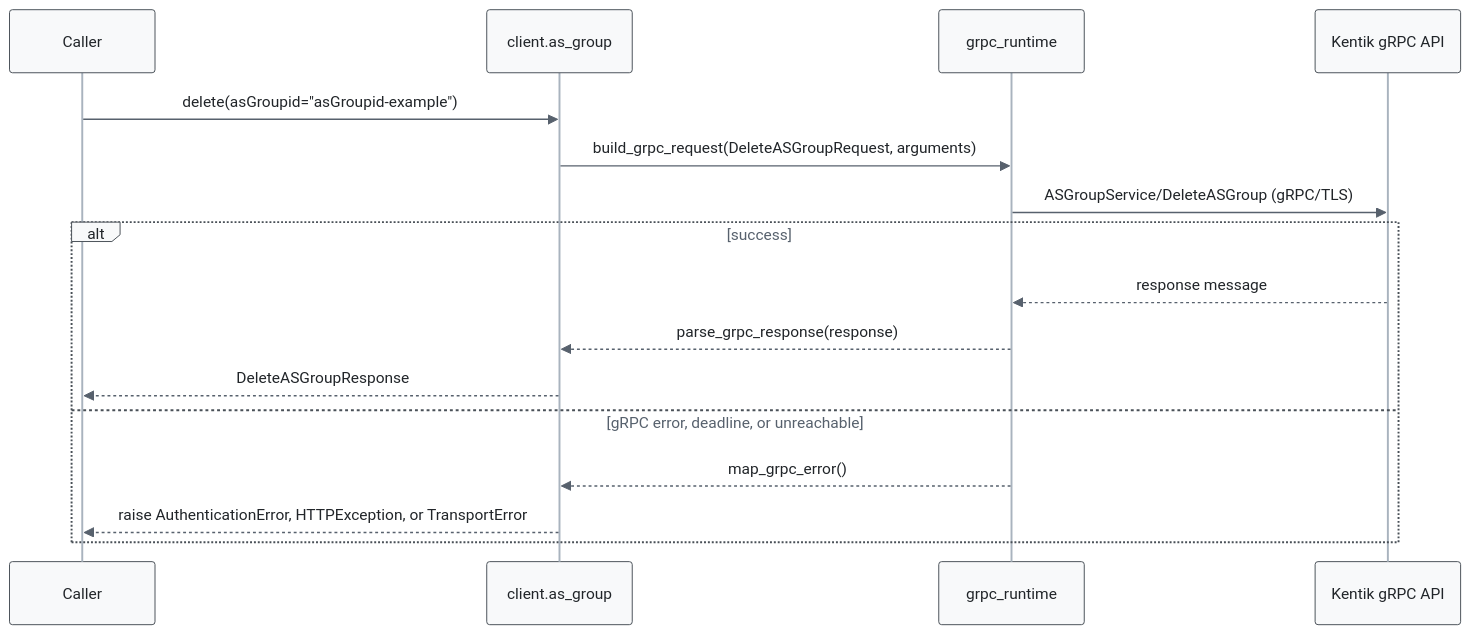
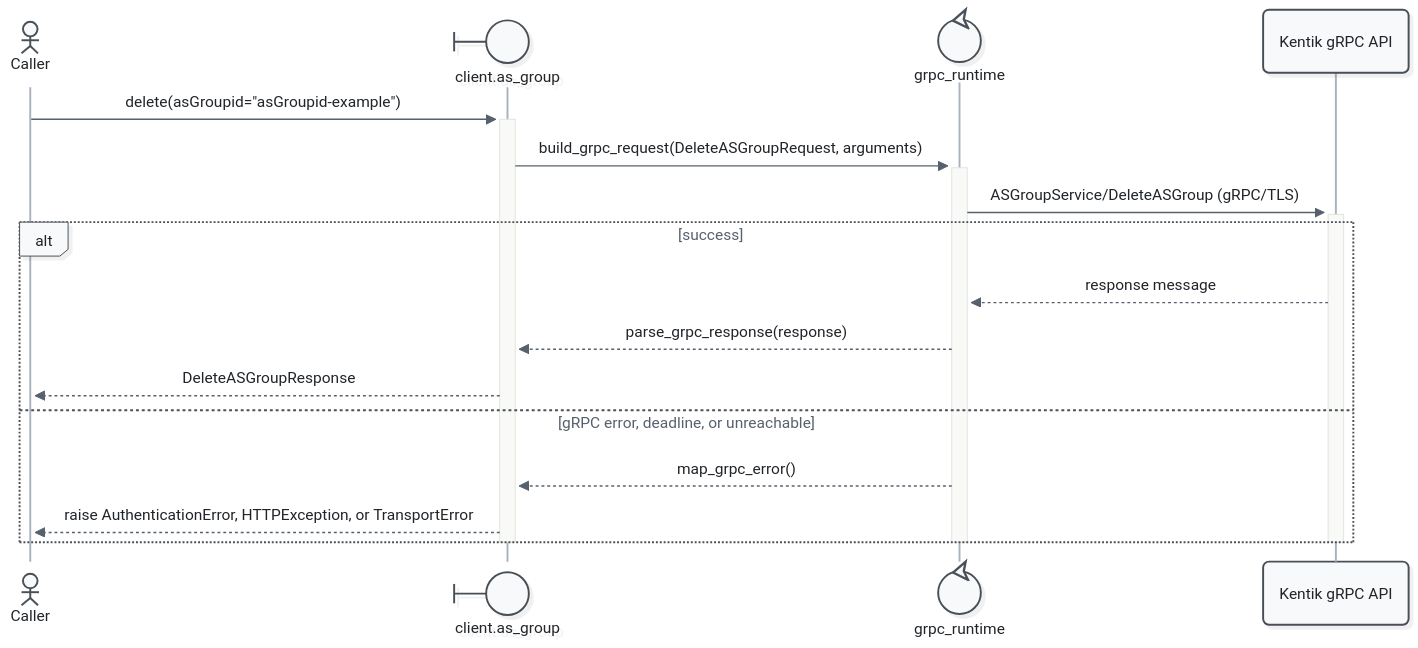
One commit to alexdearaujo/community_sdk_python changed the tenth of 11 diagrams in docs/sphinx/services/as_group.md. Above: the diagram before and after it, drawn with Mermaid. The commit also changed other lines of this file and 52 other files, not shown here.

First line of the commit message:
docs: Mermaid 12 sequence diagrams with participant types and path colors

````diff
--- a/docs/sphinx/services/as_group.md
+++ b/docs/sphinx/services/as_group.md
@@ -363,20 +385,23 @@
 ```mermaid
-%%{init: {"theme": "base", "fontFamily": "ui-monospace, SFMono-Regular, Menlo, monospace", "themeVariables": {"fontFamily": "ui-monospace, SFMono-Regular, Menlo, monospace", "primaryColor": "#f8f9fa", "primaryBorderColor": "#495057", "primaryTextColor": "#212529", "textColor": "#212529", "lineColor": "#77818c", "edgeLabelBackground": "#ffffff", "actorBkg": "#f8f9fa", "actorBorder": "#495057", "actorTextColor": "#212529", "actorLineColor": "#a9b3be", "signalColor": "#57616d", "signalTextColor": "#212529", "labelBoxBkgColor": "#f8f9fa", "labelBoxBorderColor": "#495057", "labelTextColor": "#212529", "loopTextColor": "#57616d", "noteBkgColor": "#fff9db", "noteBorderColor": "#f08c00", "noteTextColor": "#a35a00"}, "flowchart": {"curve": "step", "nodeSpacing": 30, "rankSpacing": 70, "wrappingWidth": 400}}}%%
+%%{init: {"theme": "redux", "look": "neo", "layout": "dagre", "fontFamily": "ui-monospace, SFMono-Regular, Menlo, monospace", "themeVariables": {"fontFamily": "ui-monospace, SFMono-Regular, Menlo, monospace", "primaryColor": "#f8f9fa", "primaryBorderColor": "#495057", "primaryTextColor": "#212529", "textColor": "#212529", "lineColor": "#77818c", "edgeLabelBackground": "#ffffff", "actorBkg": "#f8f9fa", "actorBorder": "#495057", "actorTextColor": "#212529", "actorLineColor": "#a9b3be", "signalColor": "#57616d", "signalTextColor": "#212529", "labelBoxBkgColor": "#f8f9fa", "labelBoxBorderColor": "#495057", "labelTextColor": "#212529", "loopTextColor": "#57616d", "noteBkgColor": "#fff9db", "noteBorderColor": "#f08c00", "noteTextColor": "#a35a00"}, "sequence": {"activationWidth": 16}, "flowchart": {"curve": "step", "nodeSpacing": 30, "rankSpacing": 70, "wrappingWidth": 400}}}%%
 sequenceDiagram
-    participant C as Caller
-    participant W as client.as_group
-    participant R as grpc_runtime
+    actor C as Caller
+    participant W@{ "type": "boundary" } as client.as_group
+    participant R@{ "type": "control" } as grpc_runtime
     participant API as Kentik gRPC API
 
-    C->>W: delete(asGroupid="asGroupid-example")
-    W->>R: build_grpc_request(DeleteASGroupRequest, arguments)
-    R->>API: ASGroupService/DeleteASGroup (gRPC/TLS)
+    C->>+W: delete(asGroupid="asGroupid-example")
+    W->>+R: build_grpc_request(DeleteASGroupRequest, arguments)
+    R->>+API: ASGroupService/DeleteASGroup (gRPC/TLS)
     alt success
         API-->>R: response message
         R-->>W: parse_grpc_response(response)
         W-->>C: DeleteASGroupResponse
     else gRPC error, deadline, or unreachable
         R-->>W: map_grpc_error()
         W-->>C: raise AuthenticationError, HTTPException, or TransportError
     end
+    deactivate API
+    deactivate R
+    deactivate W
 ```
````
